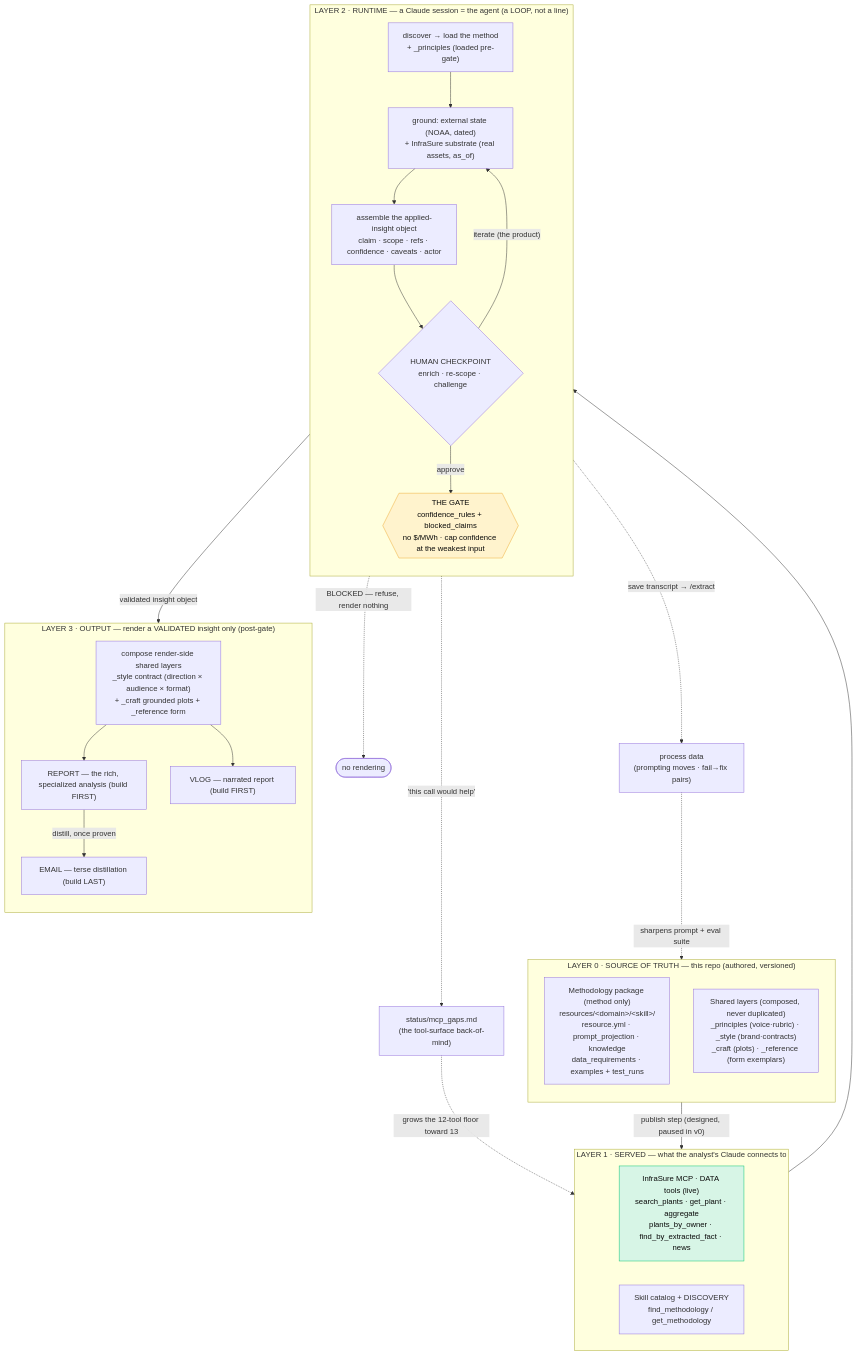
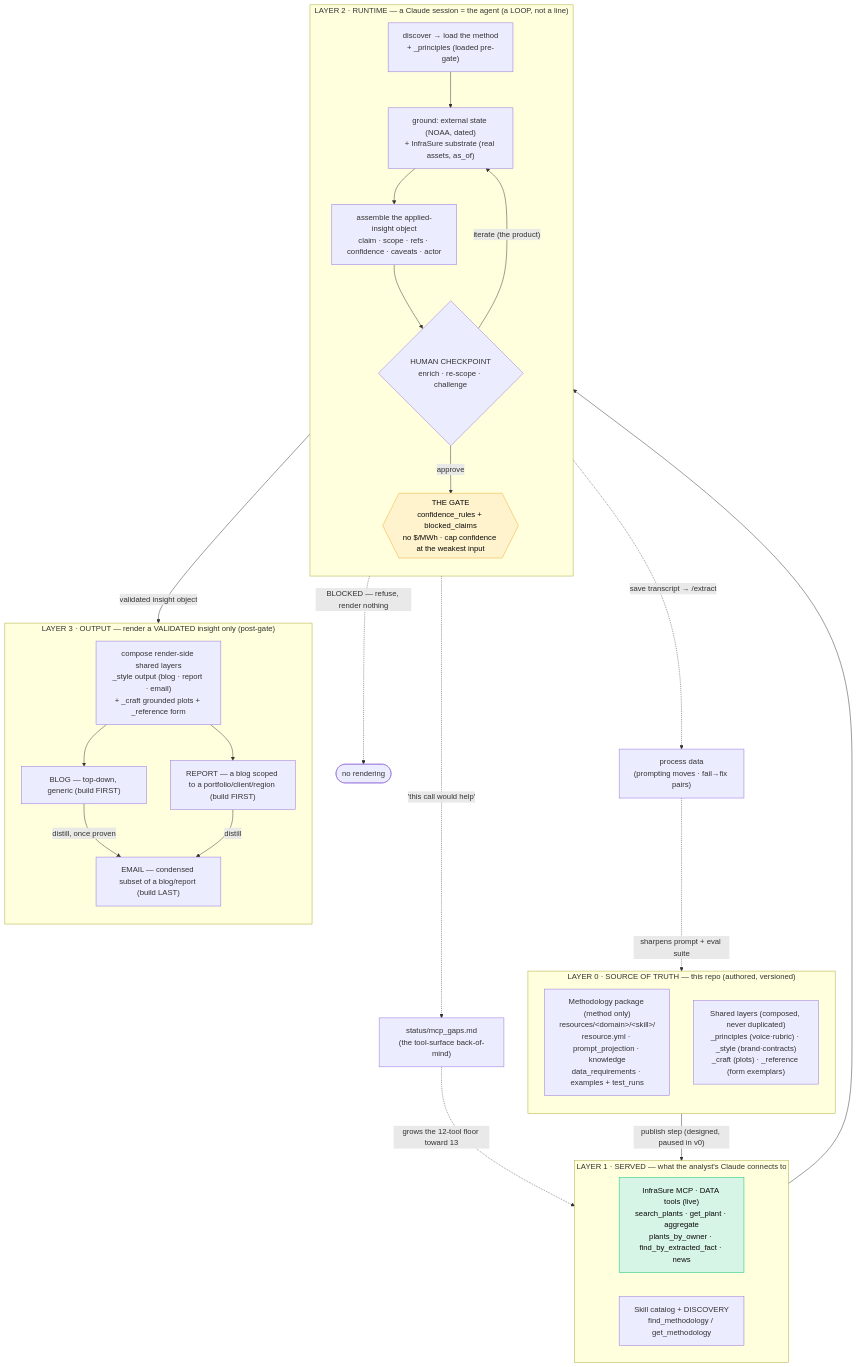
The diagram in docs/architecture.md (dg3-ui/insights_lab), drawn with Mermaid before and after one commit. The commit also changed other lines of this file and 10 other files, not shown here.

````diff
--- a/docs/architecture.md
+++ b/docs/architecture.md
@@ -37,56 +37,57 @@
 ```mermaid
 flowchart TD
     subgraph L0["LAYER 0 · SOURCE OF TRUTH — this repo (authored, versioned)"]
         direction TB
         PKG["Methodology package (method only)<br/>resources/&lt;domain&gt;/&lt;skill&gt;/<br/>resource.yml · prompt_projection · knowledge<br/>data_requirements · examples + test_runs"]
         SHARED["Shared layers (composed, never duplicated)<br/>_principles (voice·rubric) · _style (brand·contracts)<br/>_craft (plots) · _reference (form exemplars)"]
     end
 
     L0 -->|"publish step (designed, paused in v0)"| L1
 
     subgraph L1["LAYER 1 · SERVED — what the analyst's Claude connects to"]
         direction LR
         DATA["InfraSure MCP · DATA tools (live)<br/>search_plants · get_plant · aggregate<br/>plants_by_owner · find_by_extracted_fact · news"]
         CAT["Skill catalog + DISCOVERY<br/>find_methodology / get_methodology"]
     end
 
     L1 --> DISC
 
     subgraph L2["LAYER 2 · RUNTIME — a Claude session = the agent (a LOOP, not a line)"]
         direction TB
         DISC["discover → load the method<br/>+ _principles (loaded pre-gate)"]
         GND["ground: external state (NOAA, dated)<br/>+ InfraSure substrate (real assets, as_of)"]
         ASM["assemble the applied-insight object<br/>claim · scope · refs · confidence · caveats · actor"]
         HUMAN{"HUMAN CHECKPOINT<br/>enrich · re-scope · challenge"}
         GATE{{"THE GATE<br/>confidence_rules + blocked_claims<br/>no $/MWh · cap confidence at the weakest input"}}
         DISC --> GND --> ASM --> HUMAN
         HUMAN -->|"iterate (the product)"| GND
         HUMAN -->|approve| GATE
     end
 
     GATE -.->|"BLOCKED — refuse, render nothing"| STOP(["no rendering"])
     GATE -->|"validated insight object"| STYLE
 
     subgraph L3["LAYER 3 · OUTPUT — render a VALIDATED insight only (post-gate)"]
         direction TB
-        STYLE["compose render-side shared layers<br/>_style contract (direction × audience × format)<br/>+ _craft grounded plots + _reference form"]
-        REPORT["REPORT — the rich, specialized analysis (build FIRST)"]
-        VLOG["VLOG — narrated report (build FIRST)"]
-        EMAIL["EMAIL — terse distillation (build LAST)"]
+        STYLE["compose render-side shared layers<br/>_style output (blog · report · email)<br/>+ _craft grounded plots + _reference form"]
+        BLOG["BLOG — top-down, generic (build FIRST)"]
+        REPORT["REPORT — a blog scoped to a portfolio/client/region (build FIRST)"]
+        EMAIL["EMAIL — condensed subset of a blog/report (build LAST)"]
+        STYLE --> BLOG
         STYLE --> REPORT
-        STYLE --> VLOG
-        REPORT -->|"distill, once proven"| EMAIL
+        BLOG -->|"distill, once proven"| EMAIL
+        REPORT -->|"distill"| EMAIL
     end
 
     PROC["process data<br/>(prompting moves · fail→fix pairs)"]
     GAPS["status/mcp_gaps.md<br/>(the tool-surface back-of-mind)"]
     L2 -.->|"save transcript → /extract"| PROC
     PROC -.->|"sharpens prompt + eval suite"| PKG
     L2 -.->|"'this call would help'"| GAPS
     GAPS -.->|"grows the 12-tool floor toward 13"| DATA
 
     classDef gate fill:#fff3cd,stroke:#efa831,color:#0a0a0a;
     classDef live fill:#d7f5e6,stroke:#00c470,color:#0a0a0a;
     class GATE gate;
     class DATA live;
 ```
````
